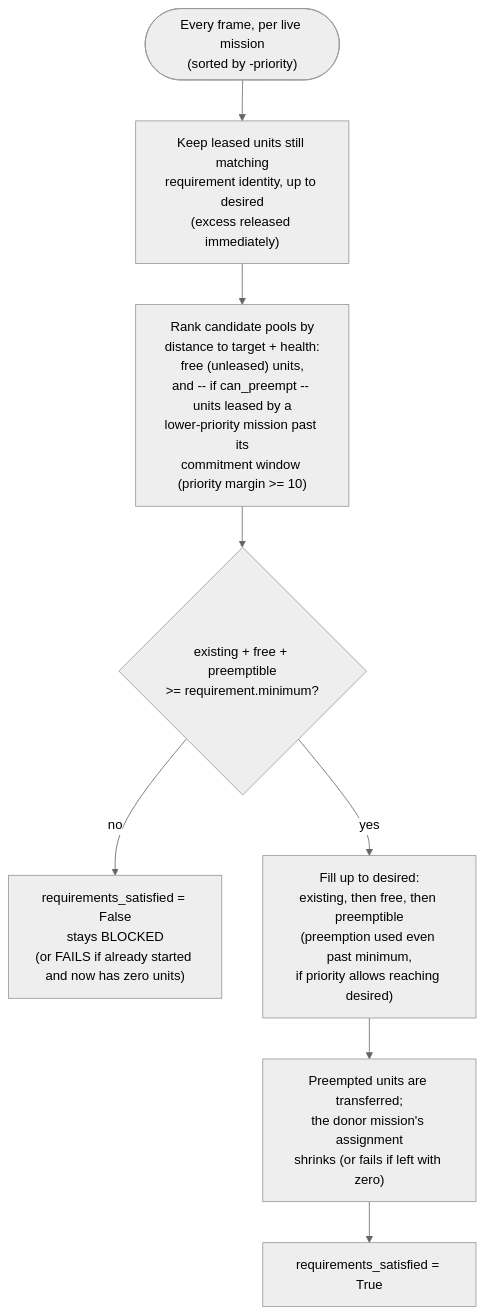
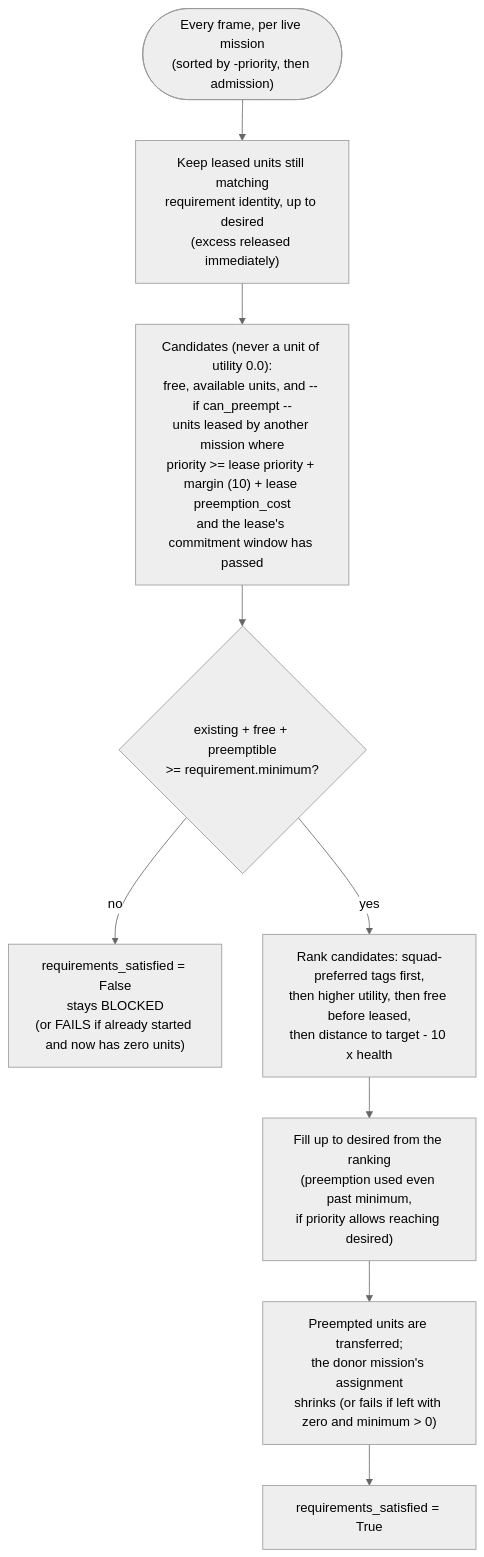
One commit to LeonardoSilvestrin/sc2bot changed the first of 3 diagrams in _botdev/architecture/harass-and-defense-planners.md. Above: the diagram before and after it, drawn with Mermaid (neutral theme). The commit also changed other lines of this file and 23 other files, not shown here.

````diff
--- a/_botdev/architecture/harass-and-defense-planners.md
+++ b/_botdev/architecture/harass-and-defense-planners.md
@@ -60,10 +68,11 @@
 ```mermaid
 flowchart TD
-    Tick(["Every frame, per live mission\n(sorted by -priority)"]) --> Existing["Keep leased units still matching\nrequirement identity, up to desired\n(excess released immediately)"]
-    Existing --> Pool["Rank candidate pools by\ndistance to target + health:\nfree (unleased) units,\nand -- if can_preempt -- units leased by a\nlower-priority mission past its\ncommitment window (priority margin >= 10)"]
+    Tick(["Every frame, per live mission\n(sorted by -priority, then admission)"]) --> Existing["Keep leased units still matching\nrequirement identity, up to desired\n(excess released immediately)"]
+    Existing --> Pool["Candidates (never a unit of utility 0.0):\nfree, available units, and -- if can_preempt --\nunits leased by another mission where\npriority >= lease priority + margin (10) + lease preemption_cost\nand the lease's commitment window has passed"]
     Pool --> Feasible{"existing + free + preemptible\n>= requirement.minimum?"}
     Feasible -->|no| Blocked["requirements_satisfied = False\nstays BLOCKED\n(or FAILS if already started and now has zero units)"]
-    Feasible -->|yes| Fill["Fill up to desired:\nexisting, then free, then preemptible\n(preemption used even past minimum,\nif priority allows reaching desired)"]
-    Fill --> Transfer["Preempted units are transferred;\nthe donor mission's assignment\nshrinks (or fails if left with zero)"]
+    Feasible -->|yes| Rank["Rank candidates: squad-preferred tags first,\nthen higher utility, then free before leased,\nthen distance to target - 10 x health"]
+    Rank --> Fill["Fill up to desired from the ranking\n(preemption used even past minimum,\nif priority allows reaching desired)"]
+    Fill --> Transfer["Preempted units are transferred;\nthe donor mission's assignment\nshrinks (or fails if left with zero and minimum > 0)"]
     Transfer --> Done["requirements_satisfied = True"]
 ```
````
